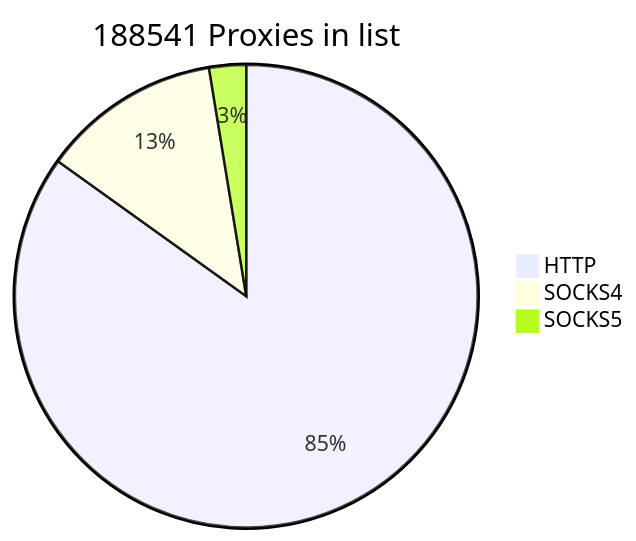
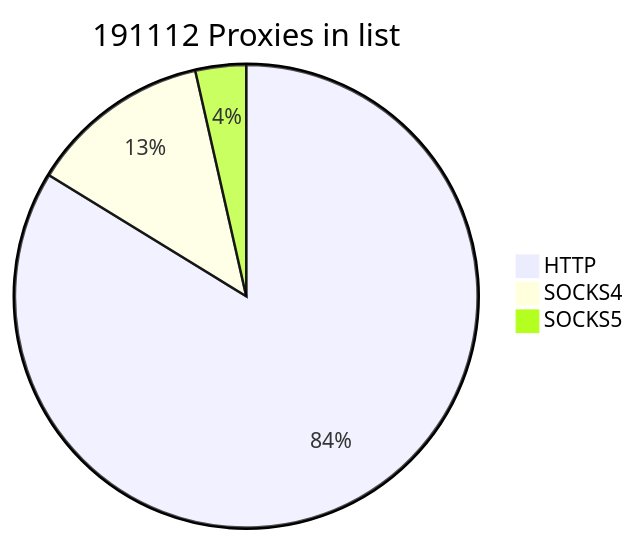
The first of 2 diagrams in README.md (cutipu/proxylist), drawn with Mermaid before and after one commit. The commit also changed other lines of this file, not shown here.

````diff
--- a/README.md
+++ b/README.md
@@ -2,7 +2,7 @@
 ```mermaid
-pie title 188541 Proxies in list
-    "HTTP" : 160059
-    "SOCKS4" : 23621
-    "SOCKS5" : 4861
+pie title 191112 Proxies in list
+    "HTTP" : 160081
+    "SOCKS4" : 24266
+    "SOCKS5" : 6765
             
 ```
````
